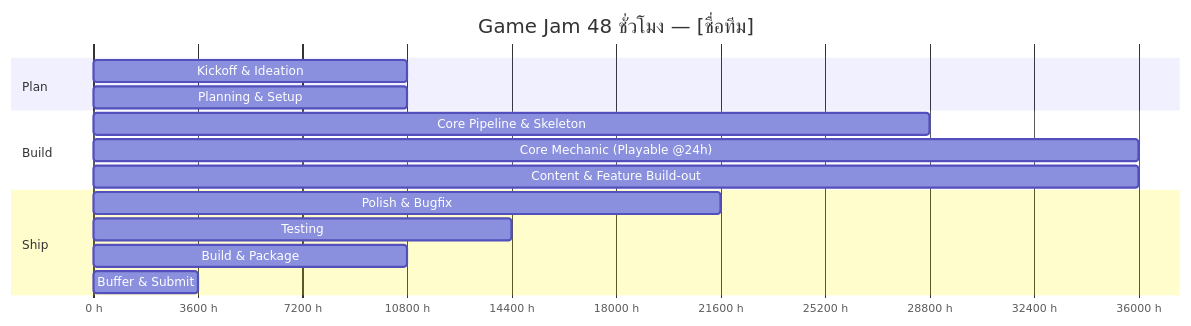
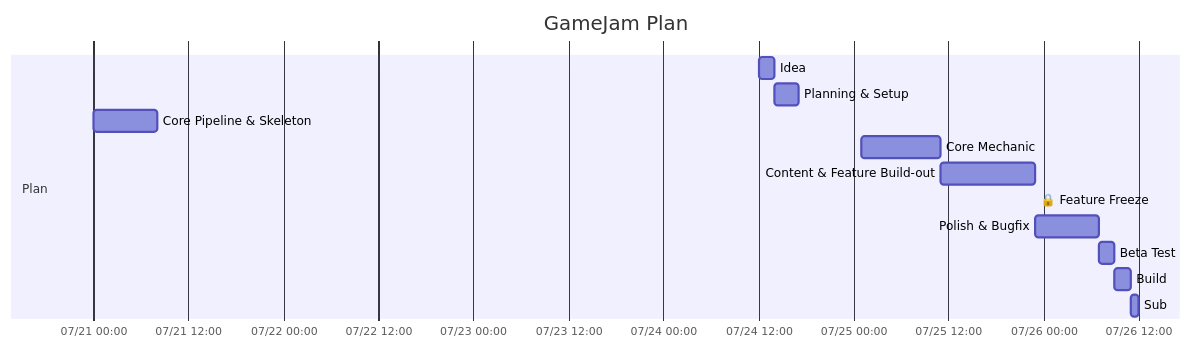
One commit to nanopak48-ux/958225-project changed the diagram in 03_GameJam/00-timeline.md. Above: the diagram before and after it, drawn with Mermaid. The commit also changed other lines of this file and 1 other file, not shown here.

````diff
--- a/03_GameJam/00-timeline.md
+++ b/03_GameJam/00-timeline.md
@@ -31,18 +30,18 @@
 ```mermaid
 gantt
-    title Game Jam 48 ชั่วโมง — [ชื่อทีม]
-    dateFormat  X
-    axisFormat %s h
+    dateFormat HH:mm
+    axisFormat %m/%d %H:%M
+    title GameJam Plan
+
     section Plan
-    Kickoff & Ideation        :0, 3h
-    Planning & Setup          :3, 3h
-    section Build
-    Core Pipeline & Skeleton  :6, 8h
-    Core Mechanic (Playable @24h) :14, 10h
-    Content & Feature Build-out :24, 10h
-    section Ship
-    Polish & Bugfix           :34, 6h
-    Testing                   :40, 4h
-    Build & Package           :44, 3h
-    Buffer & Submit           :47, 1h
+    Idea :a1, 2026-07-24 12:00 , 2h
+    Planning & Setup :after a1,2026-07-24 14:00, 3h
+    Core Pipeline & Skeleton : after a2, 8h
+    Core Mechanic : after a2,2026-07-25 01:00, 10h
+    Content & Feature Build-out : 2026-07-25 11:00, 12h
+    🔒 Feature Freeze : 2026-07-25 23:00
+    Polish & Bugfix : 2026-07-25 23:00,8h
+    Beta Test : 2026-07-26 07:00,2h
+    Build : 2026-07-26 09:00,2h
+    Sub : 2026-07-26 11:00, 1h
 ```
````
